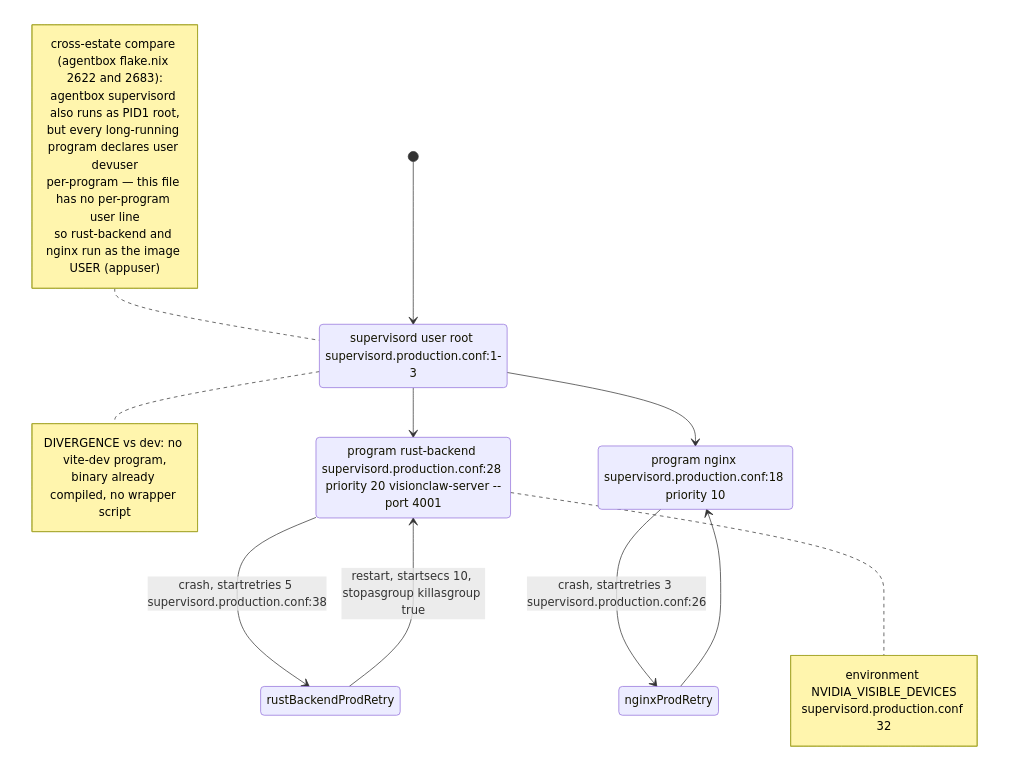
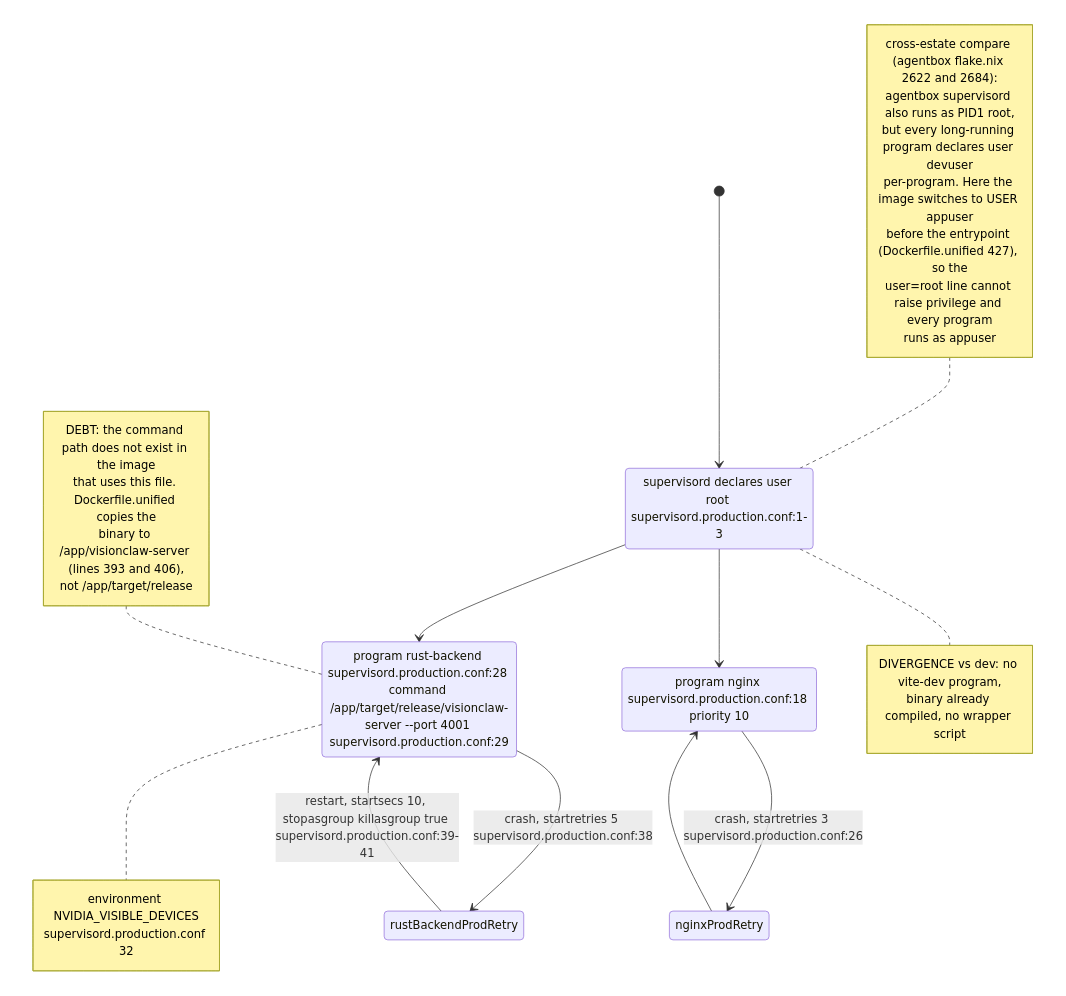
Before and after one commit to DreamLab-AI/VisionFlow: the seventh of 24 diagrams in docs/diagrams/estate/09-build-deploy-and-ci-estate.md, drawn with Mermaid. The commit also changed other lines of this file and 91 other files, not shown here.

First line of the commit message:
docs(audit): estate audit wave 2, every repository except agentbox and VisionClaw

````diff
--- a/docs/diagrams/estate/09-build-deploy-and-ci-estate.md
+++ b/docs/diagrams/estate/09-build-deploy-and-ci-estate.md
@@ -270,31 +277,39 @@
 ```mermaid
 stateDiagram-v2
     [*] --> supervisordRootProd
-    supervisordRootProd: supervisord user root supervisord.production.conf:1-3
+    supervisordRootProd: supervisord declares user root supervisord.production.conf:1-3
     supervisordRootProd --> nginxProd
     supervisordRootProd --> rustBackendProd
 
     nginxProd: program nginx supervisord.production.conf:18 priority 10
-    rustBackendProd: program rust-backend supervisord.production.conf:28 priority 20 visionclaw-server --port 4001
+    rustBackendProd: program rust-backend supervisord.production.conf:28 command /app/target/release/visionclaw-server --port 4001 supervisord.production.conf:29
 
     rustBackendProd --> rustBackendProdRetry: crash, startretries 5 supervisord.production.conf:38
-    rustBackendProdRetry --> rustBackendProd: restart, startsecs 10, stopasgroup killasgroup true
+    rustBackendProdRetry --> rustBackendProd: restart, startsecs 10, stopasgroup killasgroup true supervisord.production.conf:39-41
     nginxProd --> nginxProdRetry: crash, startretries 3 supervisord.production.conf:26
     nginxProdRetry --> nginxProd
 
     note right of rustBackendProd
         environment NVIDIA_VISIBLE_DEVICES
         supervisord.production.conf 32
     end note
     note right of supervisordRootProd
         DIVERGENCE vs dev: no vite-dev program,
         binary already compiled, no wrapper script
     end note
     note left of supervisordRootProd
-        cross-estate compare (agentbox flake.nix 2622 and 2683):
+        cross-estate compare (agentbox flake.nix 2622 and 2684):
         agentbox supervisord also runs as PID1 root,
         but every long-running program declares user devuser
-        per-program — this file has no per-program user line
-        so rust-backend and nginx run as the image USER (appuser)
+        per-program. Here the image switches to USER appuser
+        before the entrypoint (Dockerfile.unified 427), so the
+        user=root line cannot raise privilege and every program
+        runs as appuser
+    end note
+    note left of rustBackendProd
+        DEBT: the command path does not exist in the image
+        that uses this file. Dockerfile.unified copies the
+        binary to /app/visionclaw-server (lines 393 and 406),
+        not /app/target/release
     end note
 ```
````
